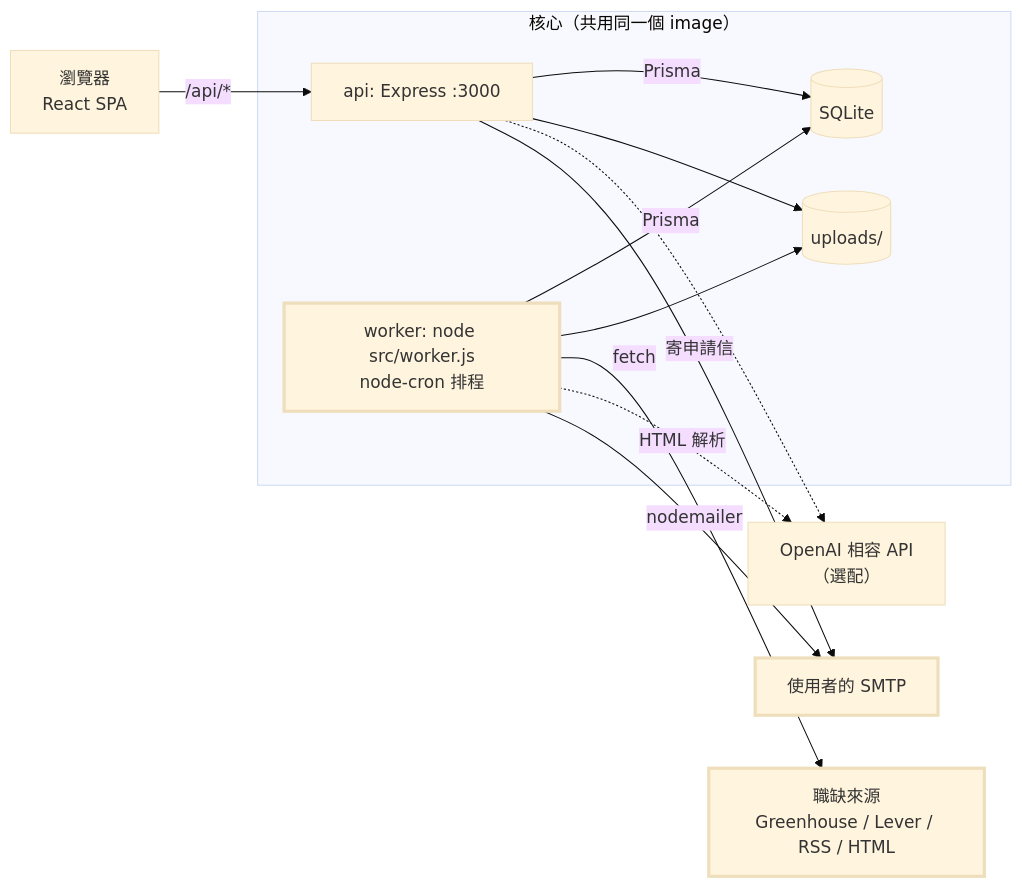
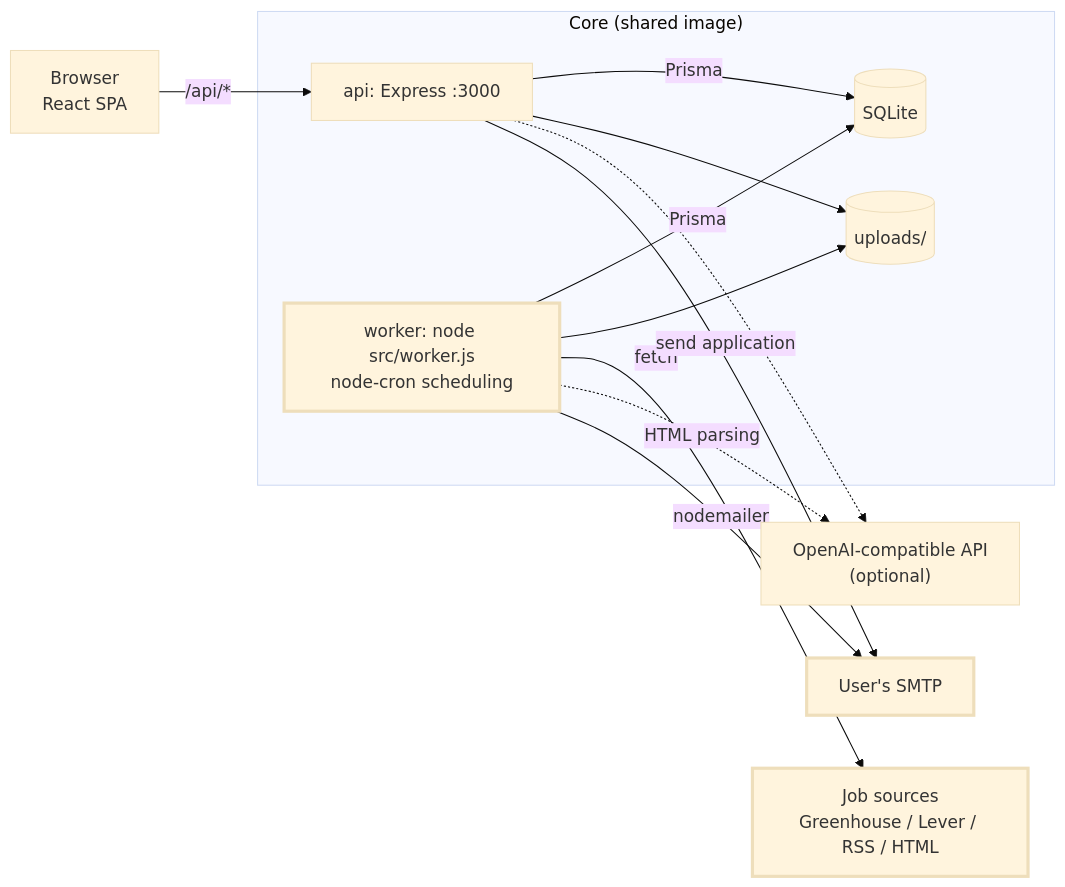
Before and after one commit to ychun816/scandiva: the first of 3 diagrams in UPDATE_SCANDIVA.md, drawn with Mermaid (base theme). The commit also changed other lines of this file and 27 other files, not shown here.

````diff
--- a/UPDATE_SCANDIVA.md
+++ b/UPDATE_SCANDIVA.md
@@ -77,26 +77,26 @@
 ```mermaid
 flowchart LR
-    U["瀏覽器<br/>React SPA"] -->|"/api/*"| API["api: Express :3000"]
+    U["Browser<br/>React SPA"] -->|"/api/*"| API["api: Express :3000"]
 
-    subgraph CORE["核心（共用同一個 image）"]
+    subgraph CORE["Core (shared image)"]
         API
-        W["worker: node src/worker.js<br/>node-cron 排程"]
+        W["worker: node src/worker.js<br/>node-cron scheduling"]
         DB[("SQLite")]
         FS[("uploads/")]
     end
 
     API -->|"Prisma"| DB
     W -->|"Prisma"| DB
     API --> FS
     W --> FS
 
-    W -->|"fetch"| SRC["職缺來源<br/>Greenhouse / Lever / RSS / HTML"]
-    W -.->|"HTML 解析"| LLM["OpenAI 相容 API<br/>（選配）"]
+    W -->|"fetch"| SRC["Job sources<br/>Greenhouse / Lever / RSS / HTML"]
+    W -.->|"HTML parsing"| LLM["OpenAI-compatible API<br/>(optional)"]
     API -.-> LLM
-    W -->|"nodemailer"| SMTP["使用者的 SMTP"]
-    API -->|"寄申請信"| SMTP
+    W -->|"nodemailer"| SMTP["User's SMTP"]
+    API -->|"send application"| SMTP
 
     style W stroke-width:3px
     style SRC stroke-width:3px
     style SMTP stroke-width:3px
 ```
````
